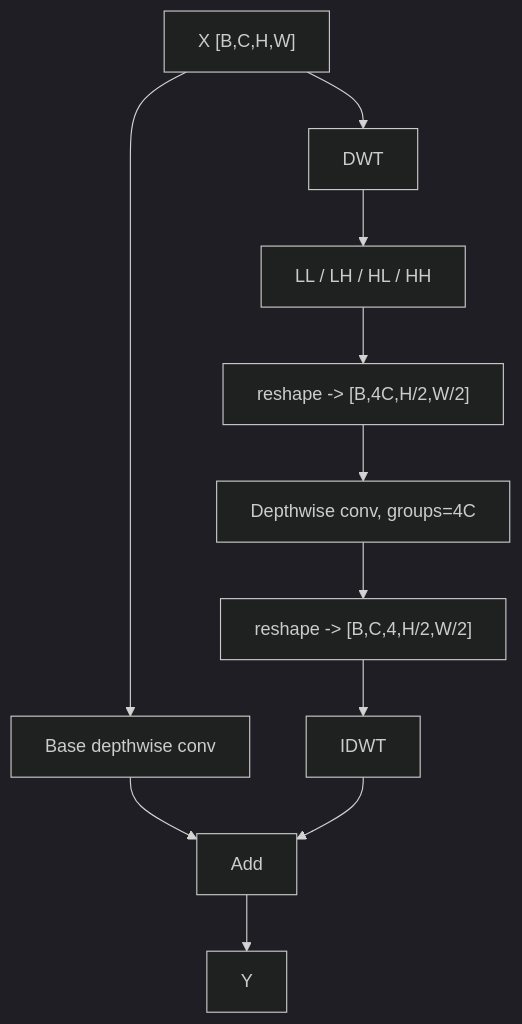
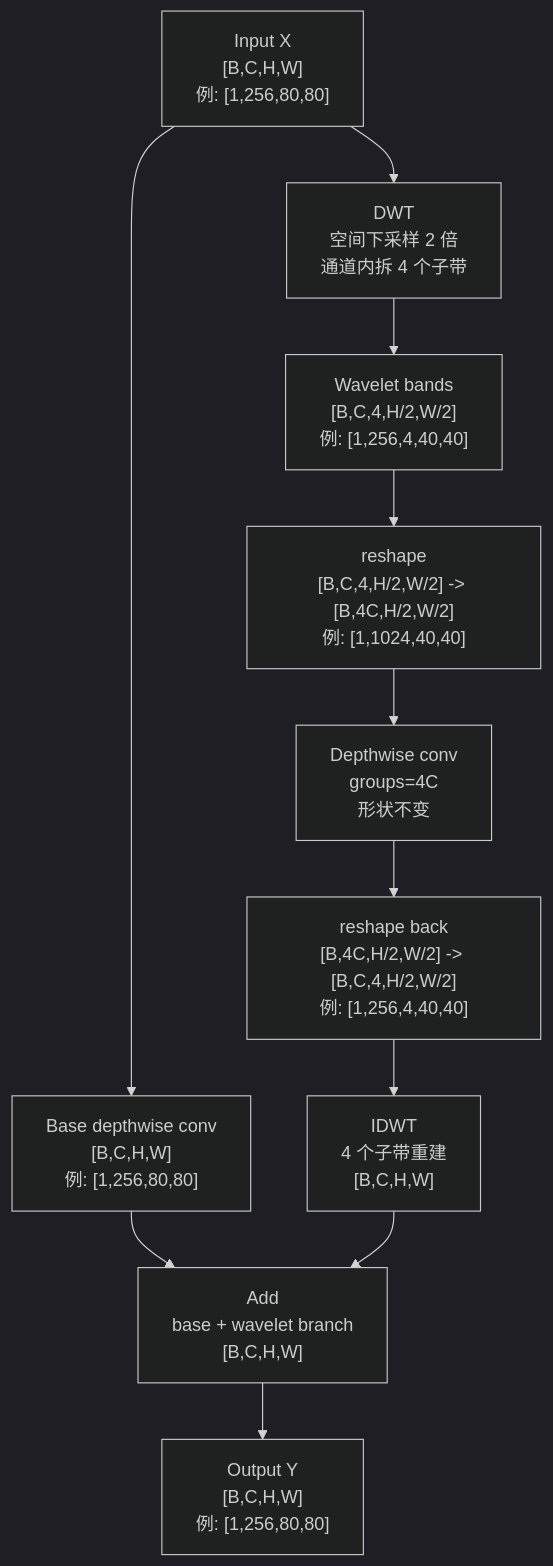
Before and after one commit to JohnSmith789287/RT-DETR-main: the second of 4 diagrams in docs/hfp_wtconv_wt_hfp_notes.md, drawn with Mermaid (dark theme). The commit also changed other lines of this file, not shown here.

Commit message:
Update diagrams with tensor shapes

````diff
--- a/docs/hfp_wtconv_wt_hfp_notes.md
+++ b/docs/hfp_wtconv_wt_hfp_notes.md
@@ -284,13 +306,13 @@
 ```mermaid
 flowchart TD
-    X["X [B,C,H,W]"] --> Base["Base depthwise conv"]
-    X --> DWT["DWT"]
-    DWT --> Bands["LL / LH / HL / HH"]
-    Bands --> Pack["reshape -> [B,4C,H/2,W/2]"]
-    Pack --> DWConv["Depthwise conv, groups=4C"]
-    DWConv --> Unpack["reshape -> [B,C,4,H/2,W/2]"]
-    Unpack --> IDWT["IDWT"]
-    Base --> Add["Add"]
+    X["Input X<br/>[B,C,H,W]<br/>例: [1,256,80,80]"] --> Base["Base depthwise conv<br/>[B,C,H,W]<br/>例: [1,256,80,80]"]
+    X --> DWT["DWT<br/>空间下采样 2 倍<br/>通道内拆 4 个子带"]
+    DWT --> Bands["Wavelet bands<br/>[B,C,4,H/2,W/2]<br/>例: [1,256,4,40,40]"]
+    Bands --> Pack["reshape<br/>[B,C,4,H/2,W/2] -> [B,4C,H/2,W/2]<br/>例: [1,1024,40,40]"]
+    Pack --> DWConv["Depthwise conv<br/>groups=4C<br/>形状不变"]
+    DWConv --> Unpack["reshape back<br/>[B,4C,H/2,W/2] -> [B,C,4,H/2,W/2]<br/>例: [1,256,4,40,40]"]
+    Unpack --> IDWT["IDWT<br/>4 个子带重建<br/>[B,C,H,W]"]
+    Base --> Add["Add<br/>base + wavelet branch<br/>[B,C,H,W]"]
     IDWT --> Add
-    Add --> Y["Y"]
+    Add --> Y["Output Y<br/>[B,C,H,W]<br/>例: [1,256,80,80]"]
 ```
````
